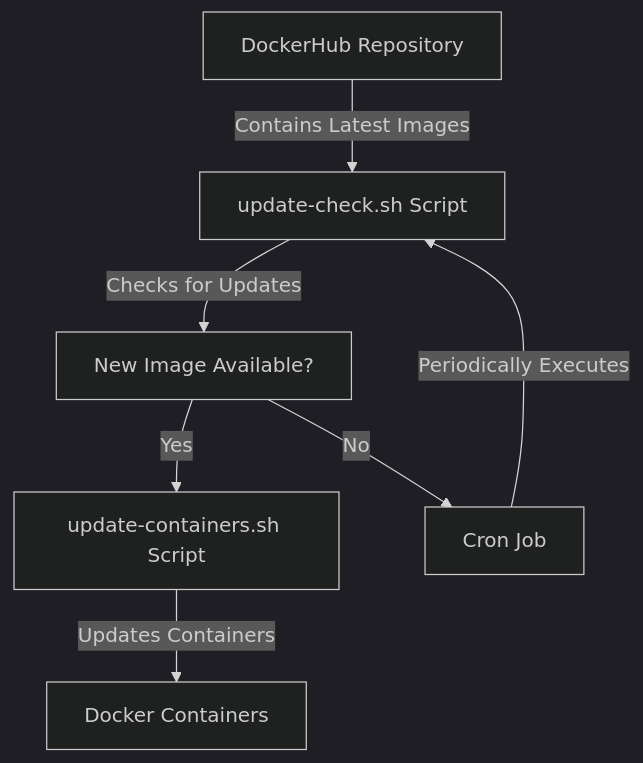
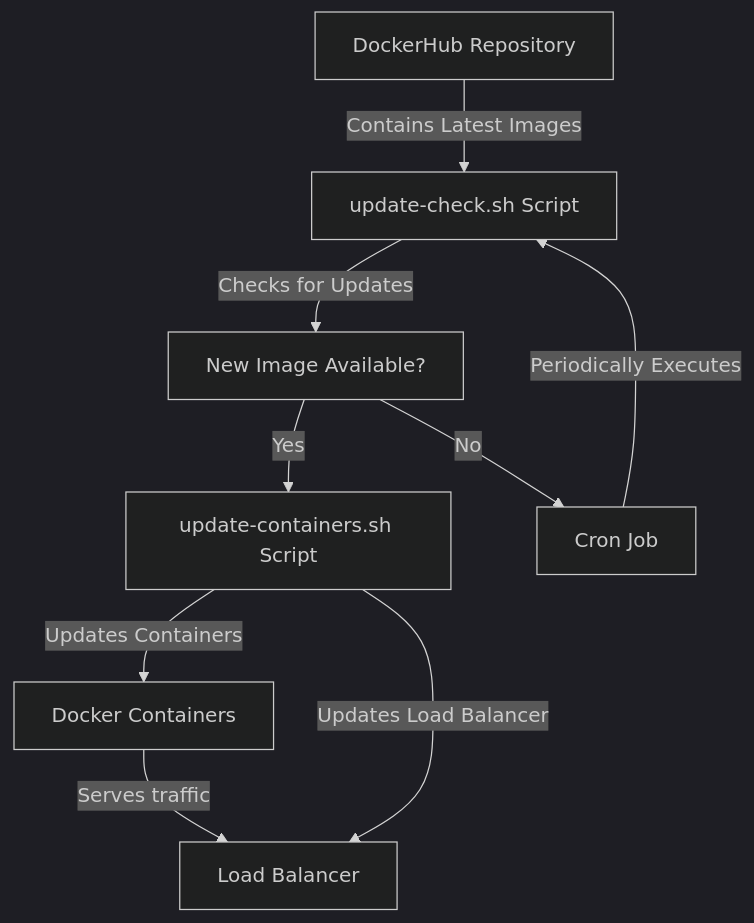
The diagram in BONUS/README.md (WSU-kduncan/s24cicd-MishkaFloof), drawn with Mermaid (dark theme) before and after one commit.

````diff
--- a/BONUS/README.md
+++ b/BONUS/README.md
@@ -6,16 +6,20 @@
 ```mermaid
 graph TD;
     DockerHub_Repo["DockerHub Repository"];
     Cron_Job["Cron Job"];
     Update_Check_Script["update-check.sh Script"];
     New_Image["New Image Available?"];
     Update_Containers_Script["update-containers.sh Script"];
     Docker_Containers["Docker Containers"];
+    Load_Balancer["Load Balancer"];
 
     DockerHub_Repo -->|Contains Latest Images| Update_Check_Script;
     Cron_Job -->|Periodically Executes| Update_Check_Script;
     Update_Check_Script -->|Checks for Updates| New_Image;
     New_Image -->|Yes| Update_Containers_Script;
     New_Image -->|No| Cron_Job;
     Update_Containers_Script -->|Updates Containers| Docker_Containers;
+    Update_Containers_Script -->|Updates Load Balancer| Load_Balancer;
+    Docker_Containers -->|Serves traffic| Load_Balancer;
+
 ```
````
